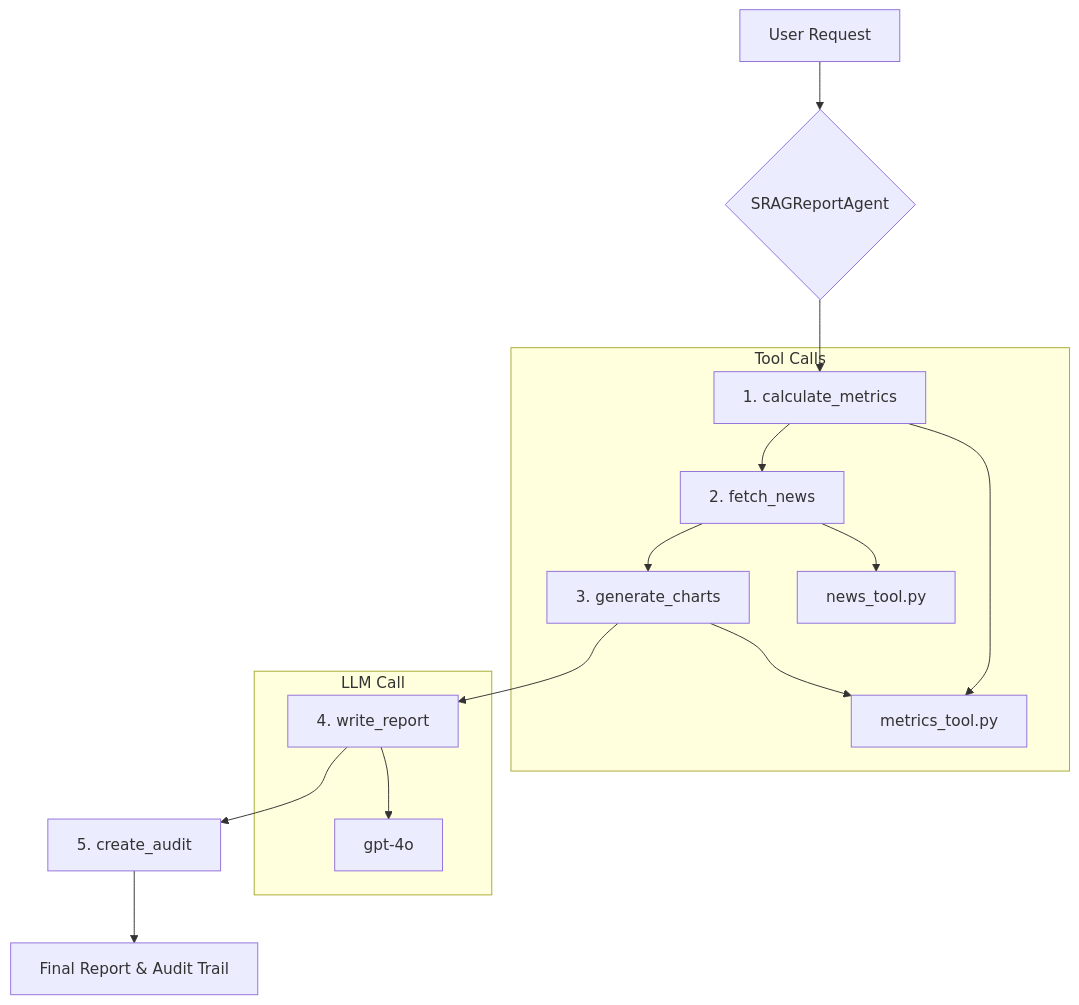
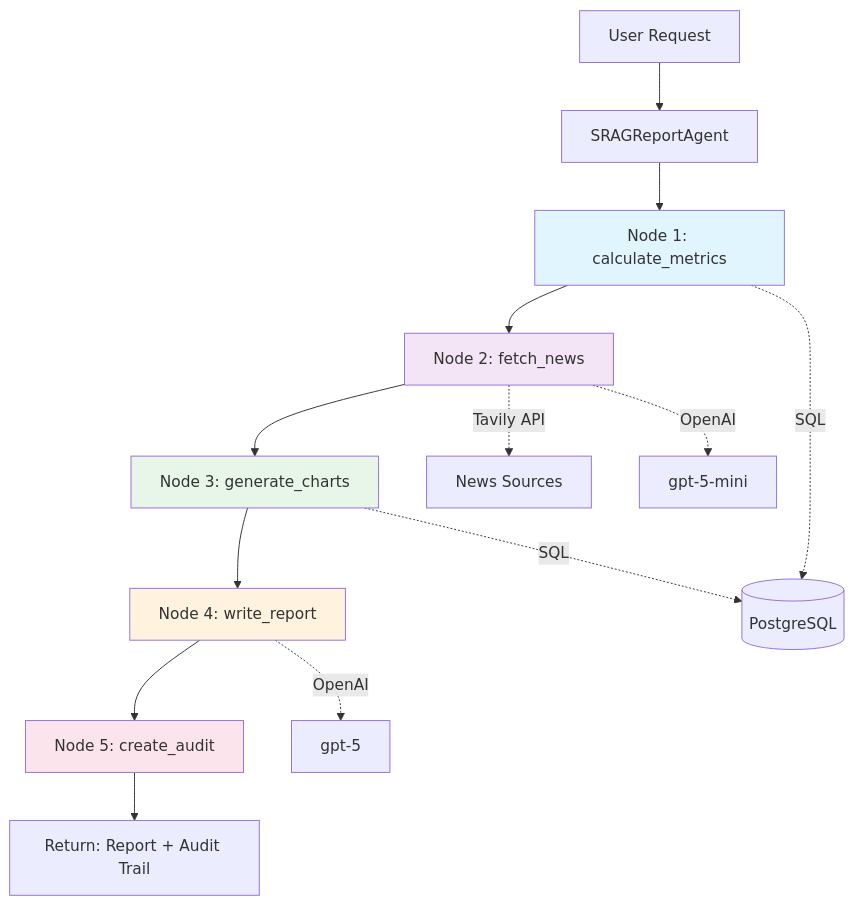
Before and after one commit to guinacio/srag-analytics: the diagram in README.md, drawn with Mermaid. The commit also changed other lines of this file and 5 other files, not shown here.

Commit message:
Update documentation and agent configurations: revised QUICKSTART and SETUP_INSTRUCTIONS to clarify database ingestion steps, enhanced README with detailed agent workflow using LangGraph, and updated report agent and SQL tool to utilize GPT-5 models for improved performance.

````diff
--- a/README.md
+++ b/README.md
@@ -57,20 +59,22 @@
 ```mermaid
 graph TD
-    A[User Request] --> B{SRAGReportAgent};
-    B --> C[1. calculate_metrics];
-    C --> D[2. fetch_news];
-    D --> E[3. generate_charts];
-    E --> F[4. write_report];
-    F --> G[5. create_audit];
-    G --> H[Final Report & Audit Trail];
+    A[User Request] --> B[SRAGReportAgent];
+    B --> C[Node 1: calculate_metrics];
+    C --> D[Node 2: fetch_news];
+    D --> E[Node 3: generate_charts];
+    E --> F[Node 4: write_report];
+    F --> G[Node 5: create_audit];
+    G --> H[Return: Report + Audit Trail];
 
-    subgraph "Tool Calls"
-        C --> T1[metrics_tool.py];
-        D --> T2[news_tool.py];
-        E --> T1;
-    end
+    C -.SQL.-> DB[(PostgreSQL)];
+    D -.Tavily API.-> News[News Sources];
+    D -.OpenAI.-> LLM1[gpt-5-mini];
+    E -.SQL.-> DB;
+    F -.OpenAI.-> LLM2[gpt-5];
 
-    subgraph "LLM Call"
-        F --> LLM[gpt-4o];
-    end
+    style C fill:#e1f5fe
+    style D fill:#f3e5f5
+    style E fill:#e8f5e9
+    style F fill:#fff3e0
+    style G fill:#fce4ec
 ```
````
